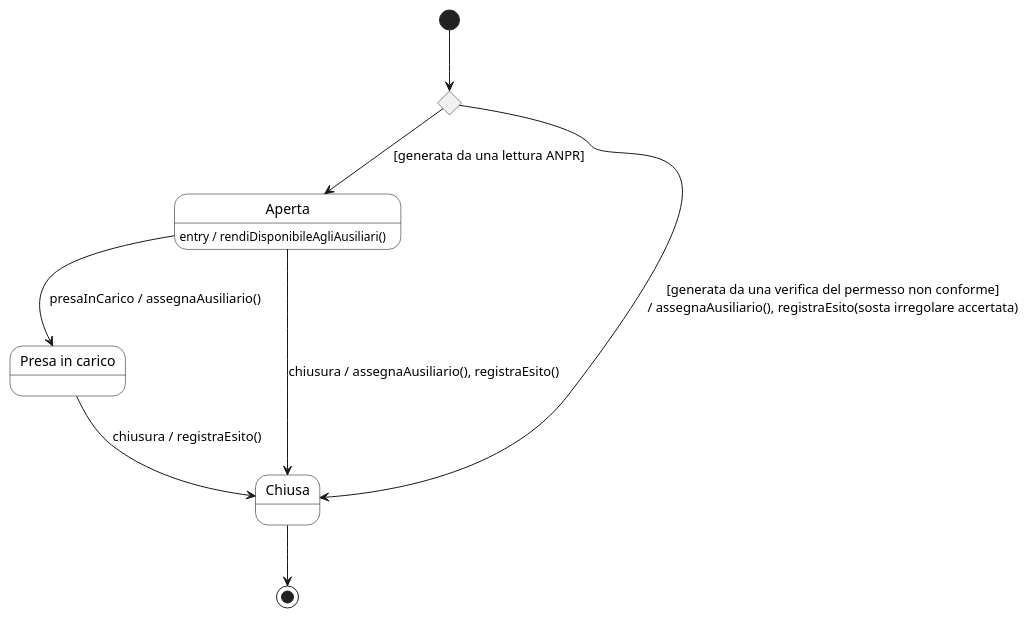
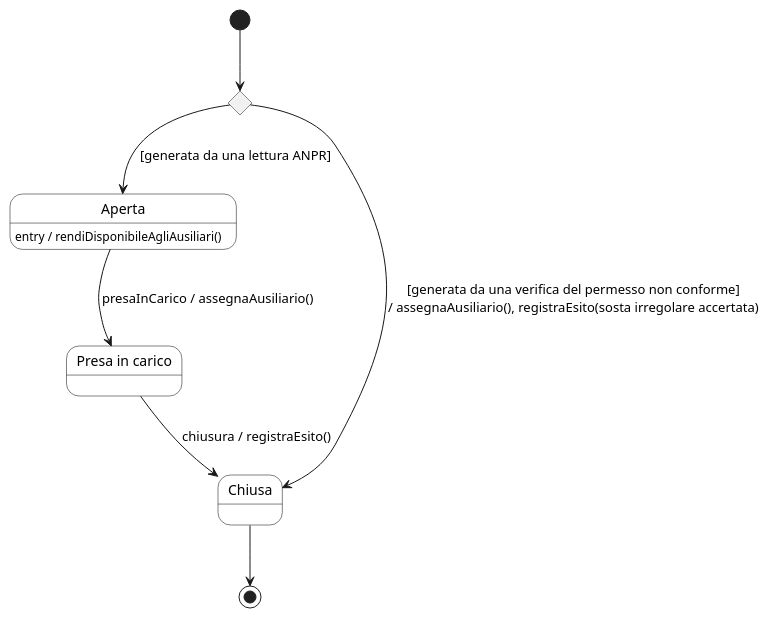
Before and after one commit to PM-C07/PM-OmniPark: the diagram in docs/rad/statechart/scd_3_segnalazione.puml, drawn with PlantUML. The commit also changed 29 other files, not shown here.

Commit message:
OMP-63: presa in carico, stato del pagamento e chiusura (lavoro in corso)

```diff
--- a/docs/rad/statechart/scd_3_segnalazione.puml
+++ b/docs/rad/statechart/scd_3_segnalazione.puml
@@ -1,25 +1,26 @@
 @startuml scd_3_segnalazione
+' Allineato al RAD 0.6 (OMP-63, issue #40): la chiusura parte solo da Presa in carico;
+' tolta la transizione Aperta --> Chiusa per la chiusura.
 skinparam state {
   BackgroundColor White
   BorderColor Black
 }
 
 state scelta <<choice>>
 [*] --> scelta
 
 state Aperta {
   Aperta : entry / rendiDisponibileAgliAusiliari()
 }
 state "Presa in carico" as PresaInCarico
 state Chiusa
 
 scelta --> Aperta : [generata da una lettura ANPR]
 scelta --> Chiusa : [generata da una verifica del permesso non conforme]\n/ assegnaAusiliario(), registraEsito(sosta irregolare accertata)
 
 Aperta --> PresaInCarico : presaInCarico / assegnaAusiliario()
 PresaInCarico --> Chiusa : chiusura / registraEsito()
-Aperta --> Chiusa : chiusura / assegnaAusiliario(), registraEsito()
 
 Chiusa --> [*]
 
 @enduml
```
